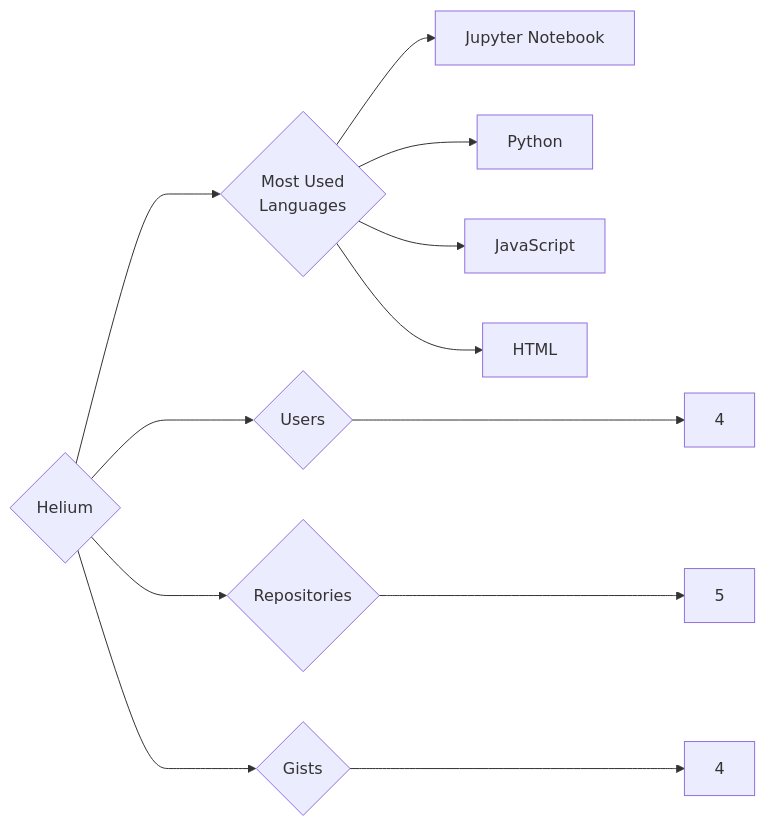
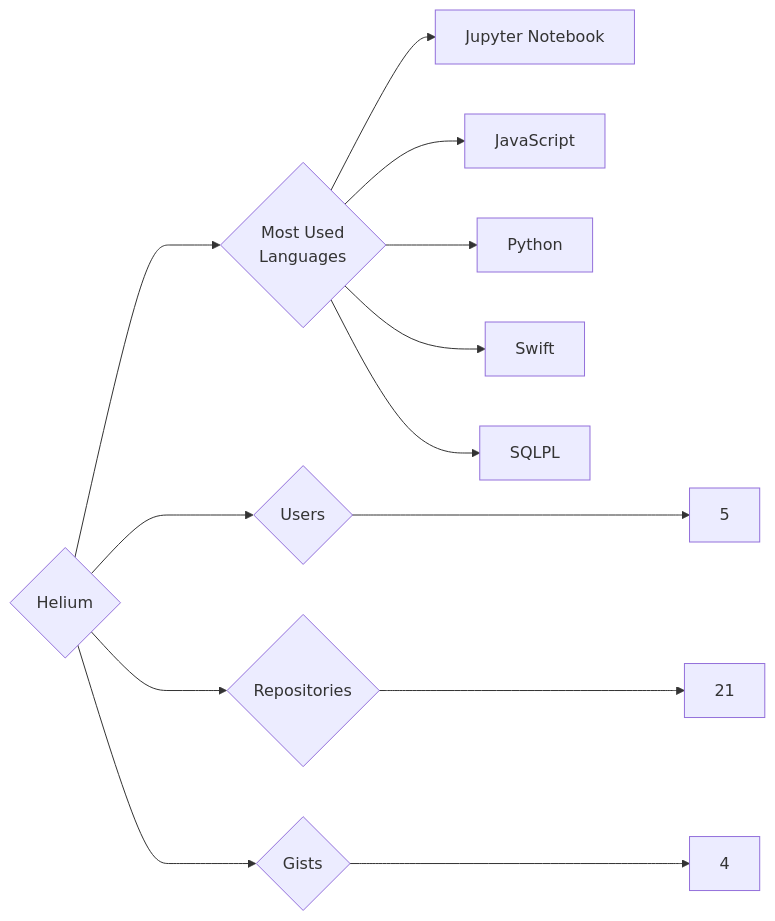
Before and after one commit to trickest/insiders: the diagram in targets/Helium/README.md, drawn with Mermaid. The commit also changed 1141 other files, not shown here.

````diff
--- a/targets/Helium/README.md
+++ b/targets/Helium/README.md
@@ -3,12 +3,13 @@
 ```mermaid
 graph LR
 COMPANY_NAME{Helium}
-COMPANY_NAME ---> U{Users} ---> UN[4]
-COMPANY_NAME ---> R{Repositories} ---> RN[5]
+COMPANY_NAME ---> U{Users} ---> UN[5]
+COMPANY_NAME ---> R{Repositories} ---> RN[21]
 COMPANY_NAME ---> G{Gists} ---> GN[4]
 COMPANY_NAME ---> ML{Most Used<br>Languages}
 ML --> Jupyter_Notebook[Jupyter Notebook]
+ML --> JavaScript[JavaScript]
 ML --> Python[Python]
-ML --> JavaScript[JavaScript]
-ML --> HTML[HTML]
+ML --> Swift[Swift]
+ML --> SQLPL[SQLPL]
 ```
````
